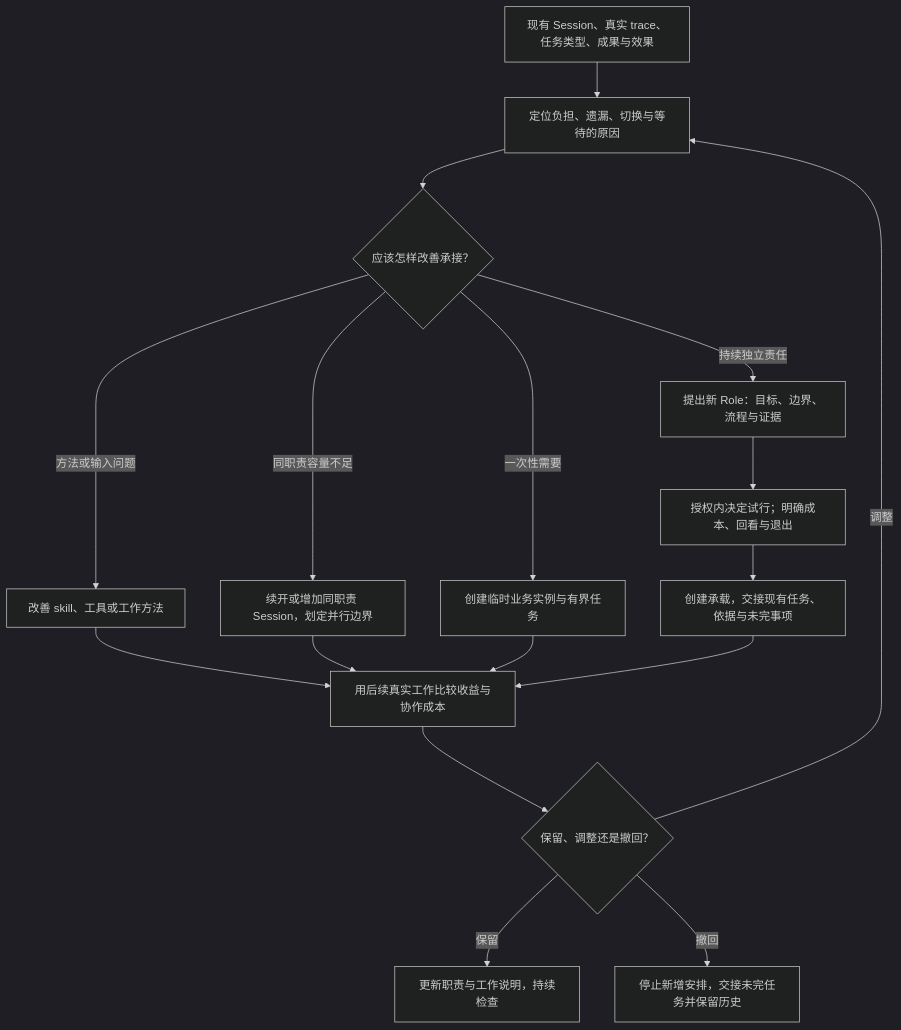
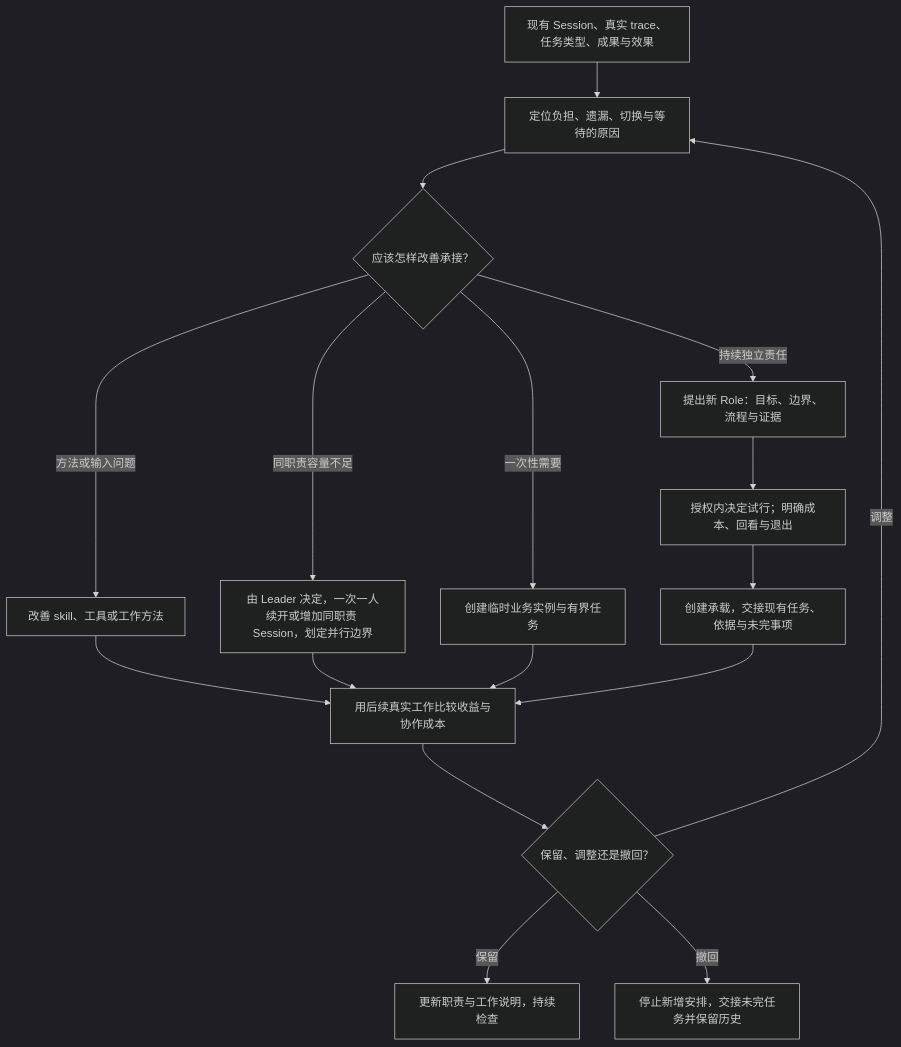
The third of 3 diagrams in docs/product/functional-scenarios.md (cyl19970726/evoLoop), drawn with Mermaid (dark theme) before and after one commit. The commit also changed other lines of this file and 5 other files, not shown here.

````diff
--- a/docs/product/functional-scenarios.md
+++ b/docs/product/functional-scenarios.md
@@ -199,19 +242,19 @@
 ```mermaid
 flowchart TB
   I["现有 Session、真实 trace、任务类型、成果与效果"] --> A["定位负担、遗漏、切换与等待的原因"]
   A --> D{"应该怎样改善承接？"}
   D -->|方法或输入问题| F["改善 skill、工具或工作方法"]
-  D -->|同职责容量不足| S["续开或增加同职责 Session，划定并行边界"]
+  D -->|同职责容量不足| S["由 Leader 决定，一次一人<br/>续开或增加同职责 Session，划定并行边界"]
   D -->|一次性需要| T["创建临时业务实例与有界任务"]
   D -->|持续独立责任| R["提出新 Role：目标、边界、流程与证据"]
   R --> P["授权内决定试行；明确成本、回看与退出"]
   P --> B["创建承载，交接现有任务、依据与未完事项"]
   F --> V["用后续真实工作比较收益与协作成本"]
   S --> V
   T --> V
   B --> V
   V --> E{"保留、调整还是撤回？"}
   E -->|保留| K["更新职责与工作说明，持续检查"]
   E -->|调整| A
   E -->|撤回| X["停止新增安排，交接未完任务并保留历史"]
 ```
````
